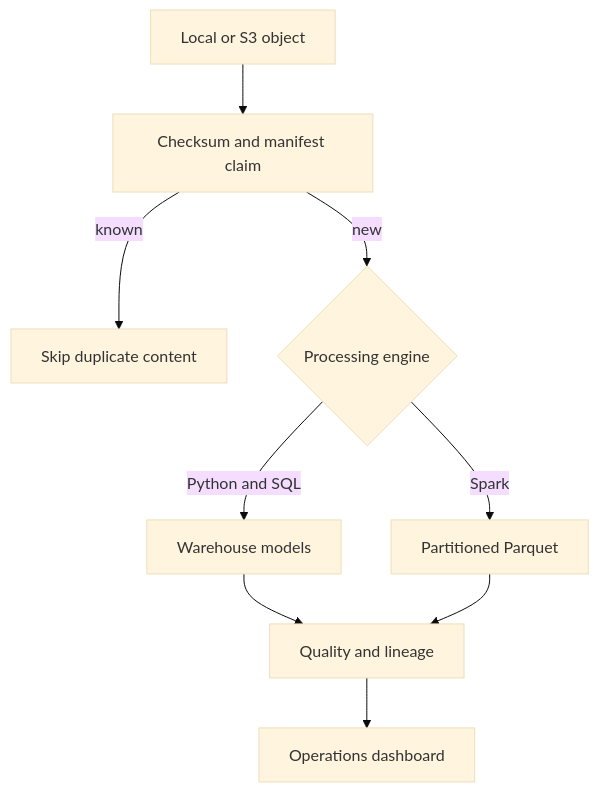
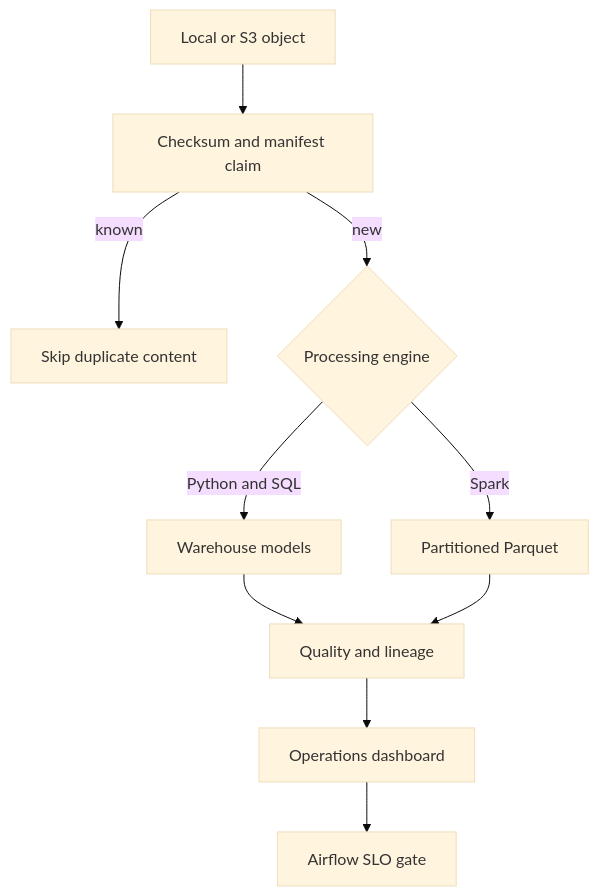
The diagram in README.md (kdgmax/production-data-platform), drawn with Mermaid (base theme) before and after one commit. The commit also changed other lines of this file and 11 other files, not shown here.

First line of the commit message:
Add Airflow scheduling, catchup, retries, and SLO gates (#7)

````diff
--- a/README.md
+++ b/README.md
@@ -42,11 +43,12 @@
 ```mermaid
 flowchart TD
     A["Local or S3 object"] --> B["Checksum and manifest claim"]
     B -->|known| C["Skip duplicate content"]
     B -->|new| D{"Processing engine"}
     D -->|Python and SQL| E["Warehouse models"]
     D -->|Spark| F["Partitioned Parquet"]
     E --> G["Quality and lineage"]
     F --> G
     G --> H["Operations dashboard"]
+    H --> I["Airflow SLO gate"]
 ```
````
